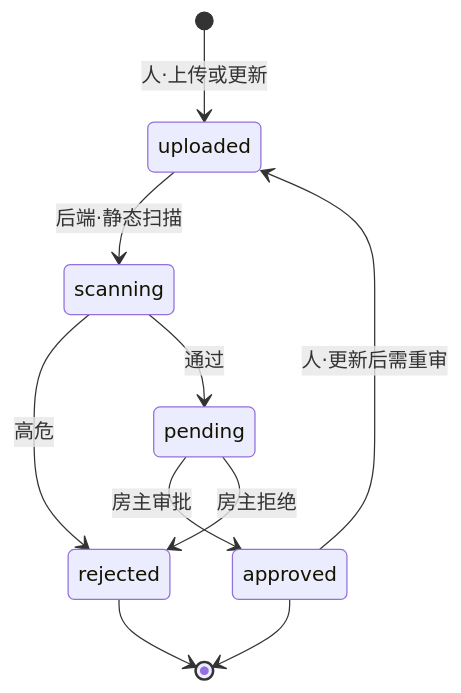
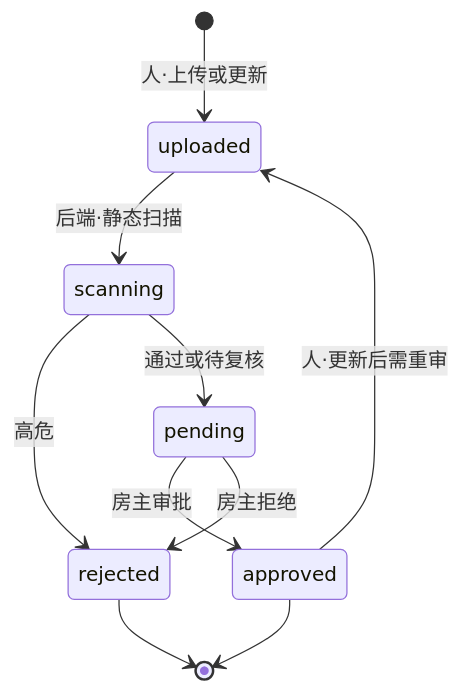
One commit to wonglaitung/opencode changed the fifth of 5 diagrams in COLLECTIVE.md. Above: the diagram before and after it, drawn with Mermaid. The commit also changed other lines of this file, not shown here.

````diff
--- a/COLLECTIVE.md
+++ b/COLLECTIVE.md
@@ -522,12 +532,12 @@
 ```mermaid
 stateDiagram-v2
     [*] --> uploaded: 人·上传或更新
     uploaded --> scanning: 后端·静态扫描
     scanning --> rejected: 高危
-    scanning --> pending: 通过
+    scanning --> pending: 通过或待复核
     pending --> approved: 房主审批
     pending --> rejected: 房主拒绝
     approved --> uploaded: 人·更新后需重审
     approved --> [*]
     rejected --> [*]
 ```
````
